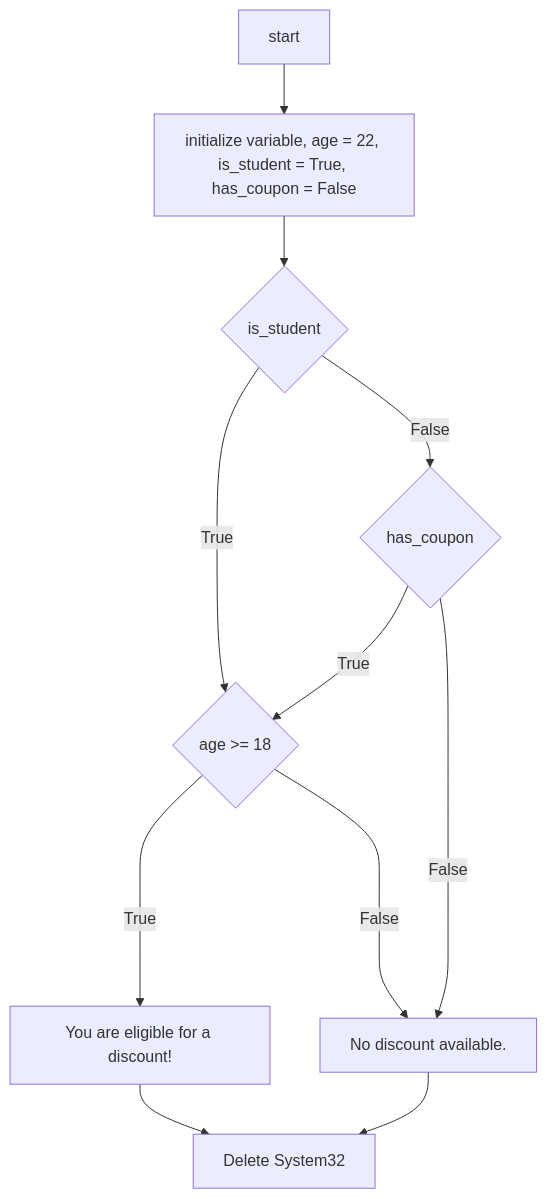
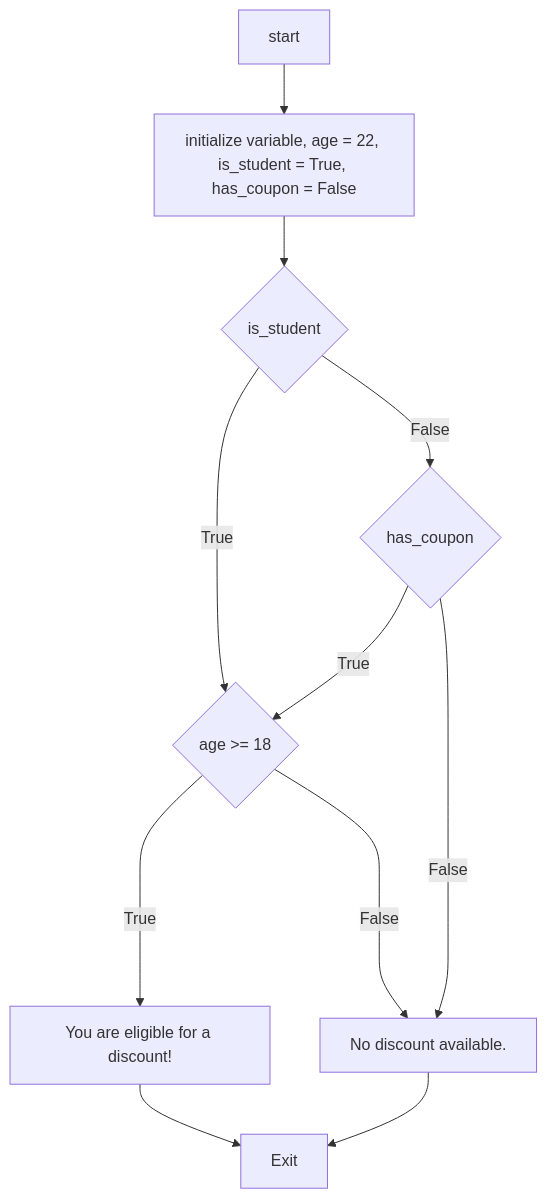
One commit to BSDSA-ISU/Programminng-for-data-science changed the first of 2 diagrams in midterm/LogicalOperations/README.md. Above: the diagram before and after it, drawn with Mermaid. The commit also changed other lines of this file, not shown here.

Commit message:
More flowcharts I promise

````diff
--- a/midterm/LogicalOperations/README.md
+++ b/midterm/LogicalOperations/README.md
@@ -106,14 +106,14 @@
 ```mermaid
 
 flowchart TD
     A[start] --> VAR[initialize variable, age = 22, is_student = True, has_coupon = False]
       VAR --> C{"is_student"}
       C --> |False| D{"has_coupon"}
       C --> |True| F{"age >= 18"}
       D --> |True| F
       F --> |True| RESULT["You are eligible for a discount!"]
       F ----> |False| ELSE["No discount available."]
       D ----> |False| ELSE
-      RESULT --> E["Delete System32"]
+      RESULT --> E["Exit"]
       ELSE --> E
 ```
````
